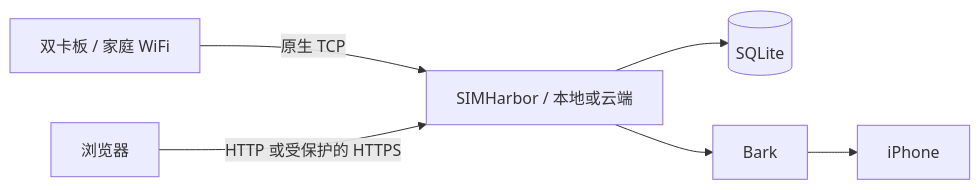
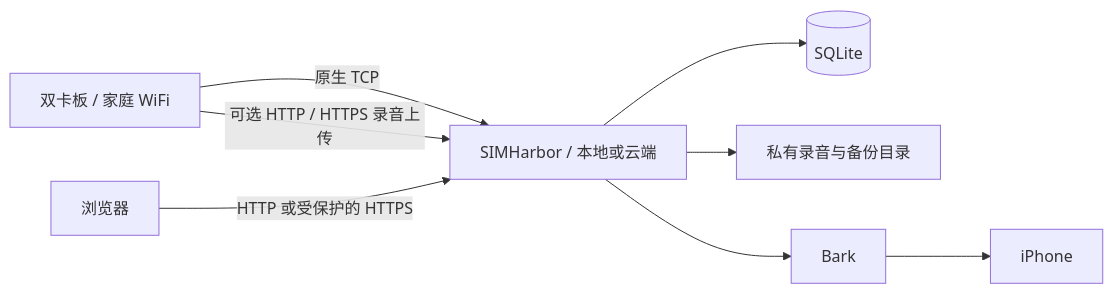
The diagram in README.md (Battery233/sim-harbor), drawn with Mermaid before and after one commit. The commit also changed other lines of this file and 47 other files, not shown here.

````diff
--- a/README.md
+++ b/README.md
@@ -73,8 +73,10 @@
 ```mermaid
 flowchart LR
     Board[双卡板 / 家庭 WiFi] -->|原生 TCP| App[SIMHarbor / 本地或云端]
+    Board -->|可选 HTTP / HTTPS 录音上传| App
     App --> DB[(SQLite)]
+    App --> Files[私有录音与备份目录]
     App --> Bark[Bark]
     Bark --> Phone[iPhone]
     Browser[浏览器] -->|HTTP 或受保护的 HTTPS| App
 ```
````
